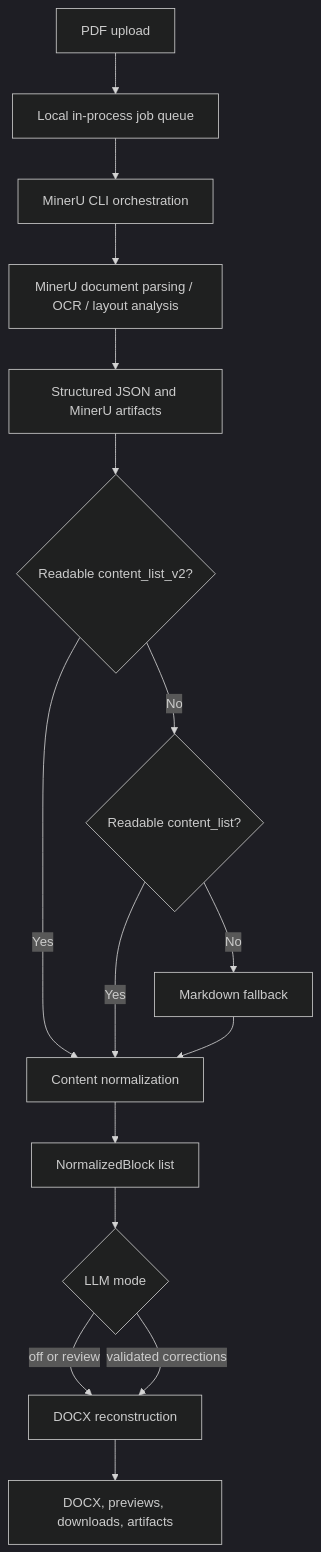
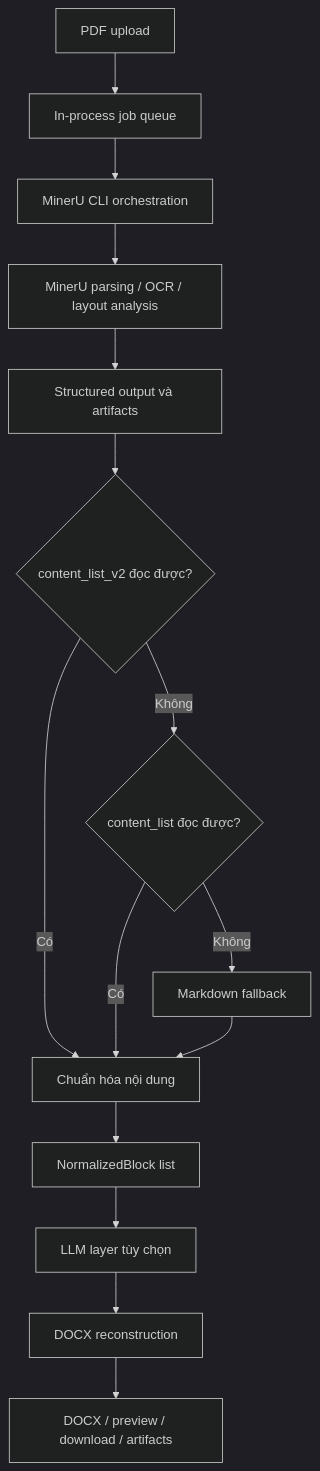
Before and after one commit to sin0235/MinerU: the first of 4 diagrams in README.md, drawn with Mermaid (dark theme). The commit also changed other lines of this file and 1 other file, not shown here.

````diff
--- a/README.md
+++ b/README.md
@@ -40,18 +53,17 @@
 ```mermaid
 flowchart TD
-    PDF[PDF upload] --> JOB[Local in-process job queue]
+    PDF[PDF upload] --> JOB[In-process job queue]
     JOB --> CLI[MinerU CLI orchestration]
-    CLI --> PARSE[MinerU document parsing / OCR / layout analysis]
-    PARSE --> RAW[Structured JSON and MinerU artifacts]
-    RAW --> V2{Readable content_list_v2?}
-    V2 -->|Yes| NORMALIZE[Content normalization]
-    V2 -->|No| LEGACY{Readable content_list?}
-    LEGACY -->|Yes| NORMALIZE
-    LEGACY -->|No| MD[Markdown fallback]
+    CLI --> PARSE[MinerU parsing / OCR / layout analysis]
+    PARSE --> RAW[Structured output và artifacts]
+    RAW --> V2{content_list_v2 đọc được?}
+    V2 -->|Có| NORMALIZE[Chuẩn hóa nội dung]
+    V2 -->|Không| LEGACY{content_list đọc được?}
+    LEGACY -->|Có| NORMALIZE
+    LEGACY -->|Không| MD[Markdown fallback]
     MD --> NORMALIZE
     NORMALIZE --> IR[NormalizedBlock list]
-    IR --> LLM{LLM mode}
-    LLM -->|off or review| RENDER[DOCX reconstruction]
-    LLM -->|validated corrections| RENDER
-    RENDER --> OUTPUT[DOCX, previews, downloads, artifacts]
+    IR --> LLM[LLM layer tùy chọn]
+    LLM --> RENDER[DOCX reconstruction]
+    RENDER --> OUTPUT[DOCX / preview / download / artifacts]
 ```
````
